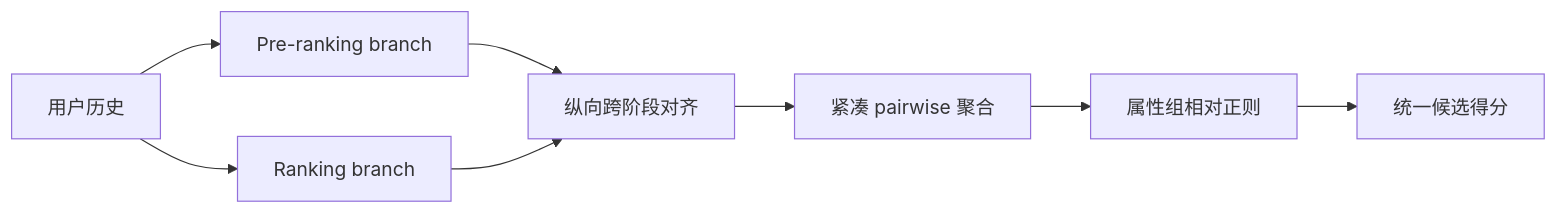
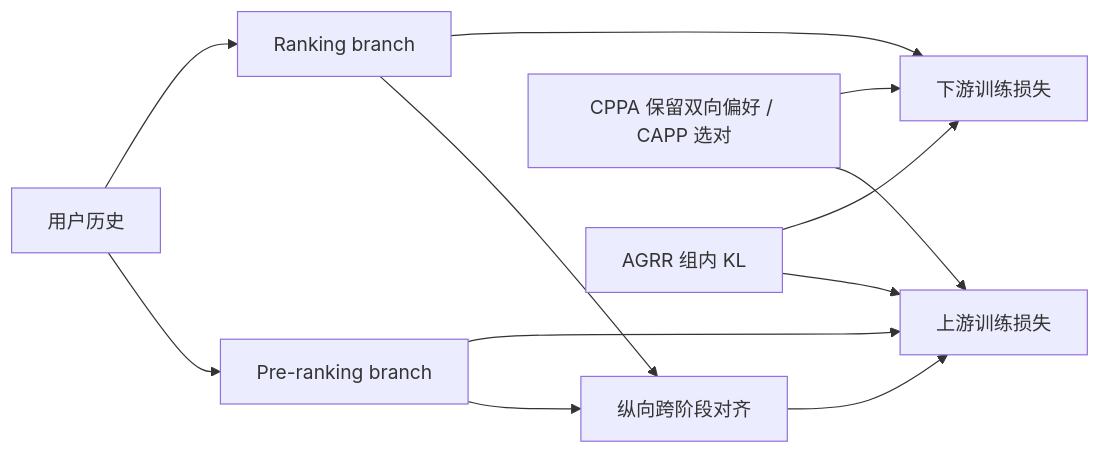
Before and after one commit to daiwk/auto-research: the diagram in docs/reproductions/2609.11052-unirec/README.md, drawn with Mermaid. The commit also changed other lines of this file and 95 other files, not shown here.

````diff
--- a/docs/reproductions/2609.11052-unirec/README.md
+++ b/docs/reproductions/2609.11052-unirec/README.md
@@ -22,10 +25,14 @@
 ```mermaid
 flowchart LR
   H[用户历史] --> P[Pre-ranking branch]
   H --> R[Ranking branch]
   P --> V[纵向跨阶段对齐]
   R --> V
-  V --> C[紧凑 pairwise 聚合]
-  C --> G[属性组相对正则]
-  G --> S[统一候选得分]
+  P --> S[上游训练损失]
+  R --> T[下游训练损失]
+  V --> S
+  C[CPPA 保留双向偏好 / CAPP 选对] --> S
+  C --> T
+  G[AGRR 组内 KL] --> S
+  G --> T
 ```
````
